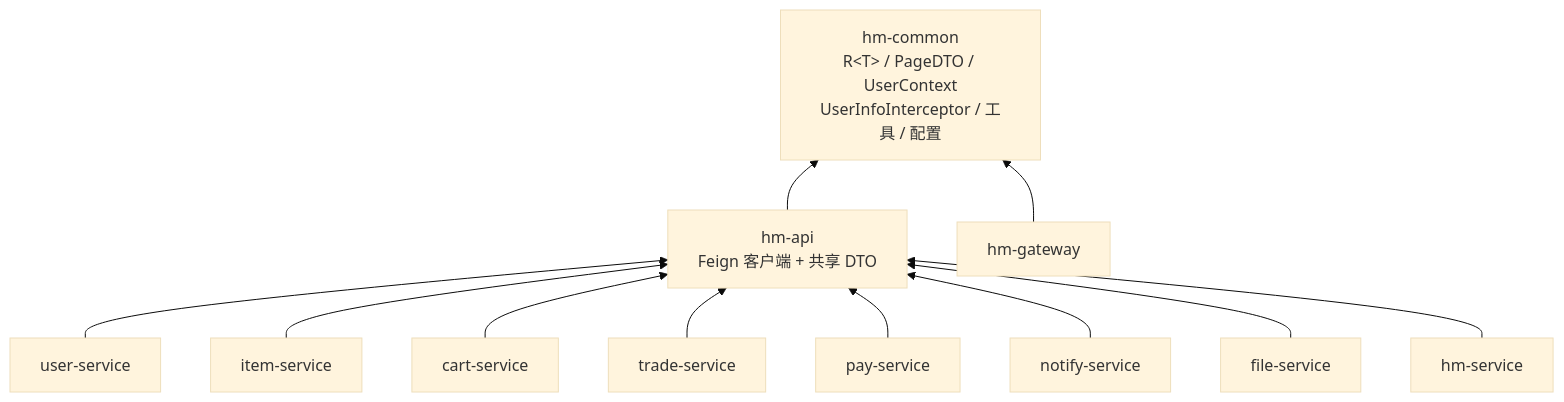
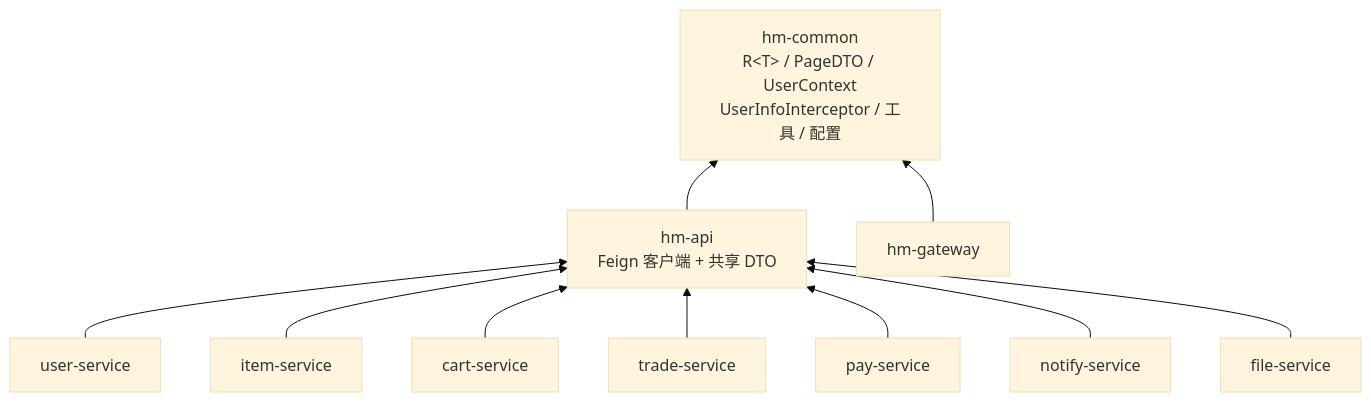
Before and after one commit to 3219378872/web-dev-experiment: the first of 2 diagrams in docs/structure/02-module-dependencies.md, drawn with Mermaid (base theme). The commit also changed other lines of this file and 103 other files, not shown here.

````diff
--- a/docs/structure/02-module-dependencies.md
+++ b/docs/structure/02-module-dependencies.md
@@ -9,17 +9,16 @@
 ```mermaid
 flowchart BT
     Common["hm-common<br/>R&lt;T&gt; / PageDTO / UserContext<br/>UserInfoInterceptor / 工具 / 配置"]
     Api["hm-api<br/>Feign 客户端 + 共享 DTO"]
 
     Api --> Common
 
     GW[hm-gateway] --> Common
     US[user-service] --> Api
     IS[item-service] --> Api
     CS[cart-service] --> Api
     TS[trade-service] --> Api
     PS[pay-service] --> Api
     NS[notify-service] --> Api
     FS[file-service] --> Api
-    HM[hm-service] --> Api
 ```
````
